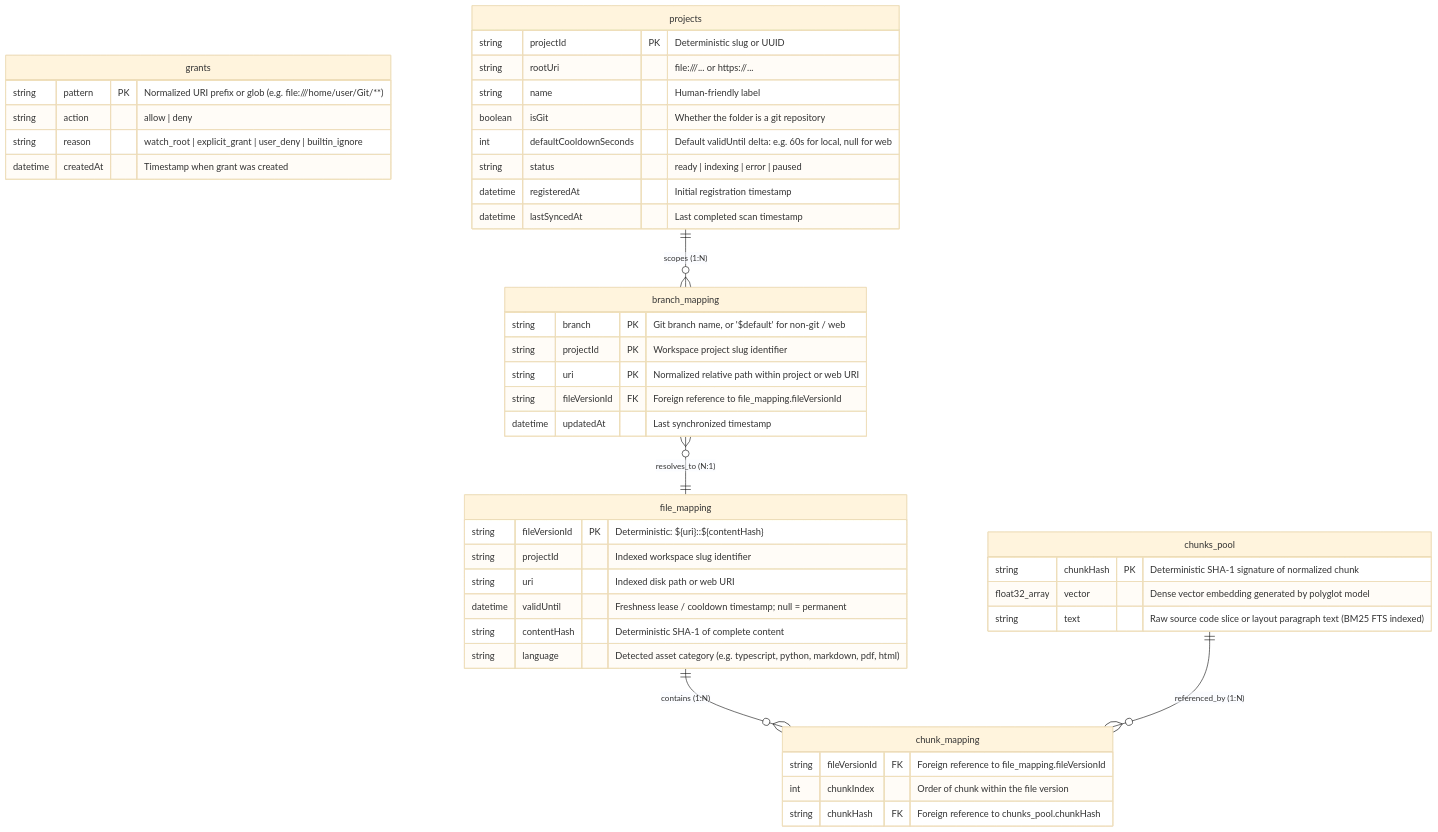
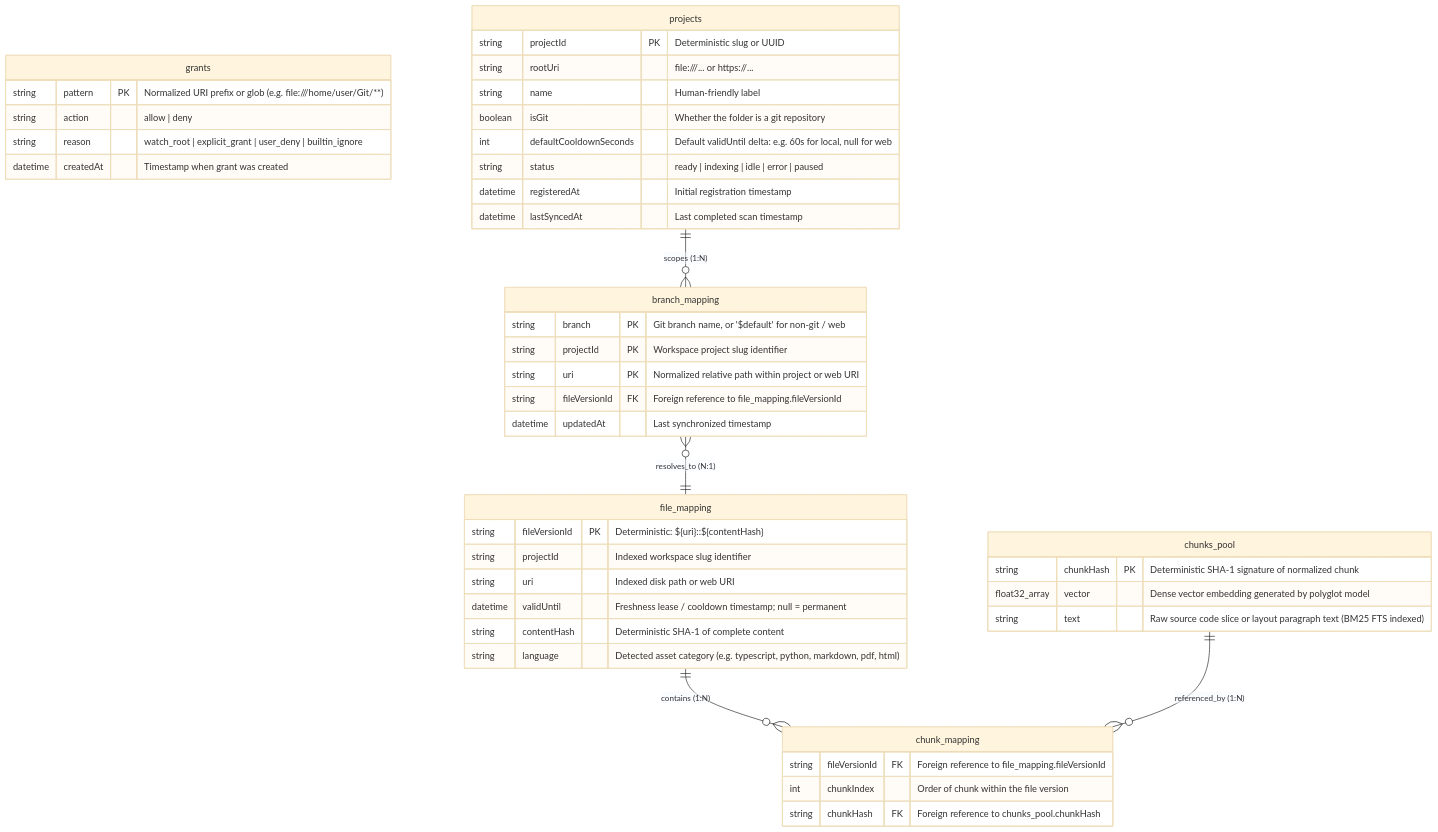
Before and after one commit to ai4ci/prag: the diagram in design/resources/storage-schema.md, drawn with Mermaid (base theme). The commit also changed other lines of this file and 31 other files, not shown here.

````diff
--- a/design/resources/storage-schema.md
+++ b/design/resources/storage-schema.md
@@ -9,55 +9,55 @@
 ```mermaid
 erDiagram
     grants
     projects ||--o{ branch_mapping : "scopes (1:N)"
     branch_mapping }o--|| file_mapping : "resolves_to (N:1)"
     file_mapping ||--o{ chunk_mapping : "contains (1:N)"
     chunks_pool ||--o{ chunk_mapping : "referenced_by (1:N)"
 
     grants {
         string pattern PK "Normalized URI prefix or glob (e.g. file:///home/user/Git/**)"
         string action "allow | deny"
         string reason "watch_root | explicit_grant | user_deny | builtin_ignore"
         datetime createdAt "Timestamp when grant was created"
     }
 
     projects {
         string projectId PK "Deterministic slug or UUID"
         string rootUri "file:///... or https://..."
         string name "Human-friendly label"
         boolean isGit "Whether the folder is a git repository"
         int defaultCooldownSeconds "Default validUntil delta: e.g. 60s for local, null for web"
-        string status "ready | indexing | error | paused"
+        string status "ready | indexing | idle | error | paused"
         datetime registeredAt "Initial registration timestamp"
         datetime lastSyncedAt "Last completed scan timestamp"
     }
 
     branch_mapping {
         string branch PK "Git branch name, or '$default' for non-git / web"
         string projectId PK "Workspace project slug identifier"
         string uri PK "Normalized relative path within project or web URI"
         string fileVersionId FK "Foreign reference to file_mapping.fileVersionId"
         datetime updatedAt "Last synchronized timestamp"
     }
 
     file_mapping {
         string fileVersionId PK "Deterministic: ${uri}::${contentHash}"
         string projectId "Indexed workspace slug identifier"
         string uri "Indexed disk path or web URI"
         datetime validUntil "Freshness lease / cooldown timestamp; null = permanent"
         string contentHash "Deterministic SHA-1 of complete content"
         string language "Detected asset category (e.g. typescript, python, markdown, pdf, html)"
     }
 
     chunk_mapping {
         string fileVersionId FK "Foreign reference to file_mapping.fileVersionId"
         int chunkIndex "Order of chunk within the file version"
         string chunkHash FK "Foreign reference to chunks_pool.chunkHash"
     }
 
     chunks_pool {
         string chunkHash PK "Deterministic SHA-1 signature of normalized chunk"
         float32_array vector "Dense vector embedding generated by polyglot model"
         string text "Raw source code slice or layout paragraph text (BM25 FTS indexed)"
     }
 ```
````
